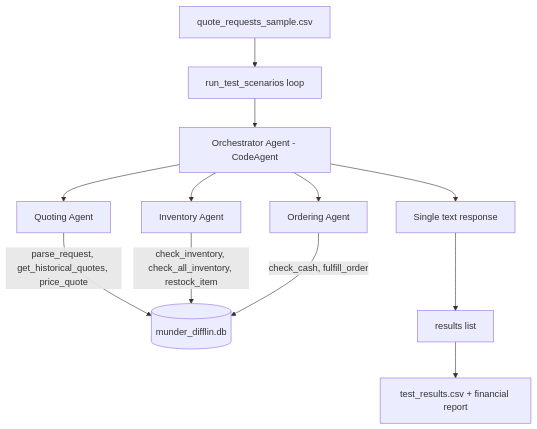
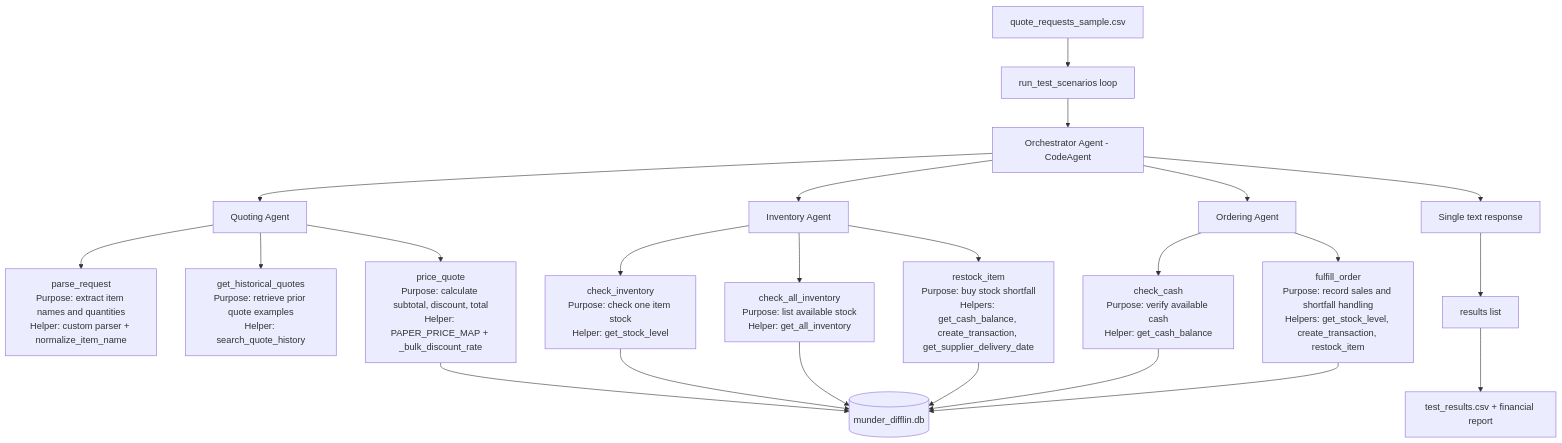
One commit to aaronstone007/multi-ai-agent-customer-system changed the first of 2 diagrams in workflow_diagram.md. Above: the diagram before and after it, drawn with Mermaid. The commit also changed other lines of this file, not shown here.

````diff
--- a/workflow_diagram.md
+++ b/workflow_diagram.md
@@ -18,17 +18,30 @@
 ```mermaid
 graph TD
     A[quote_requests_sample.csv] --> B[run_test_scenarios loop]
     B --> C[Orchestrator Agent - CodeAgent]
 
     C --> D[Quoting Agent]
+    D --> D1["parse_request<br/>Purpose: extract item names and quantities<br/>Helper: custom parser + normalize_item_name"]
+    D --> D2["get_historical_quotes<br/>Purpose: retrieve prior quote examples<br/>Helper: search_quote_history"]
+    D --> D3["price_quote<br/>Purpose: calculate subtotal, discount, total<br/>Helper: PAPER_PRICE_MAP + _bulk_discount_rate"]
+
     C --> E[Inventory Agent]
+    E --> E1["check_inventory<br/>Purpose: check one item stock<br/>Helper: get_stock_level"]
+    E --> E2["check_all_inventory<br/>Purpose: list available stock<br/>Helper: get_all_inventory"]
+    E --> E3["restock_item<br/>Purpose: buy stock shortfall<br/>Helpers: get_cash_balance, create_transaction, get_supplier_delivery_date"]
+
     C --> F[Ordering Agent]
+    F --> F1["check_cash<br/>Purpose: verify available cash<br/>Helper: get_cash_balance"]
+    F --> F2["fulfill_order<br/>Purpose: record sales and shortfall handling<br/>Helpers: get_stock_level, create_transaction, restock_item"]
 
-    D -->|parse_request, get_historical_quotes, price_quote| G[(munder_difflin.db)]
-    E -->|check_inventory, check_all_inventory, restock_item| G
-    F -->|check_cash, fulfill_order| G
+    D3 --> G[(munder_difflin.db)]
+    E1 --> G
+    E2 --> G
+    E3 --> G
+    F1 --> G
+    F2 --> G
 
     C --> H[Single text response]
     H --> I[results list]
     I --> J[test_results.csv + financial report]
 ```
````
